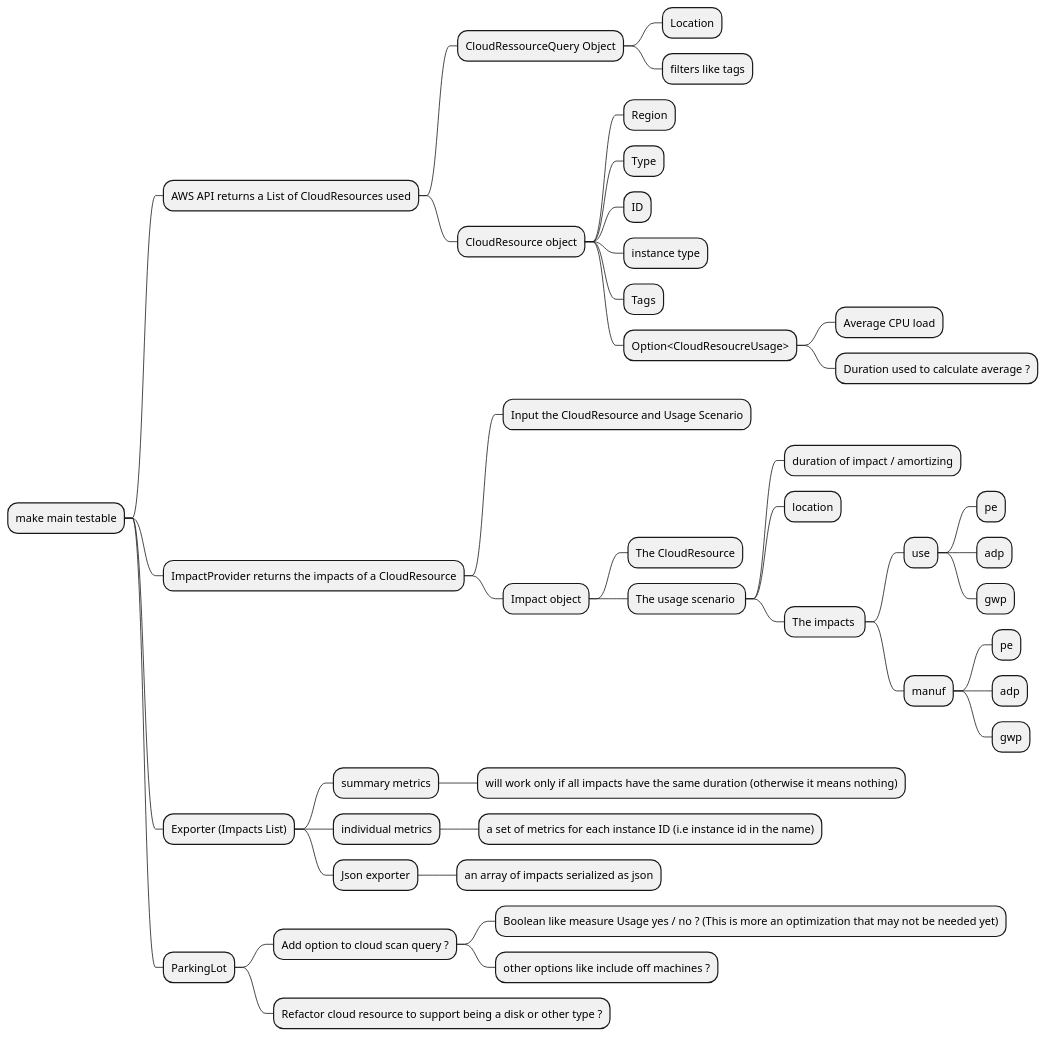
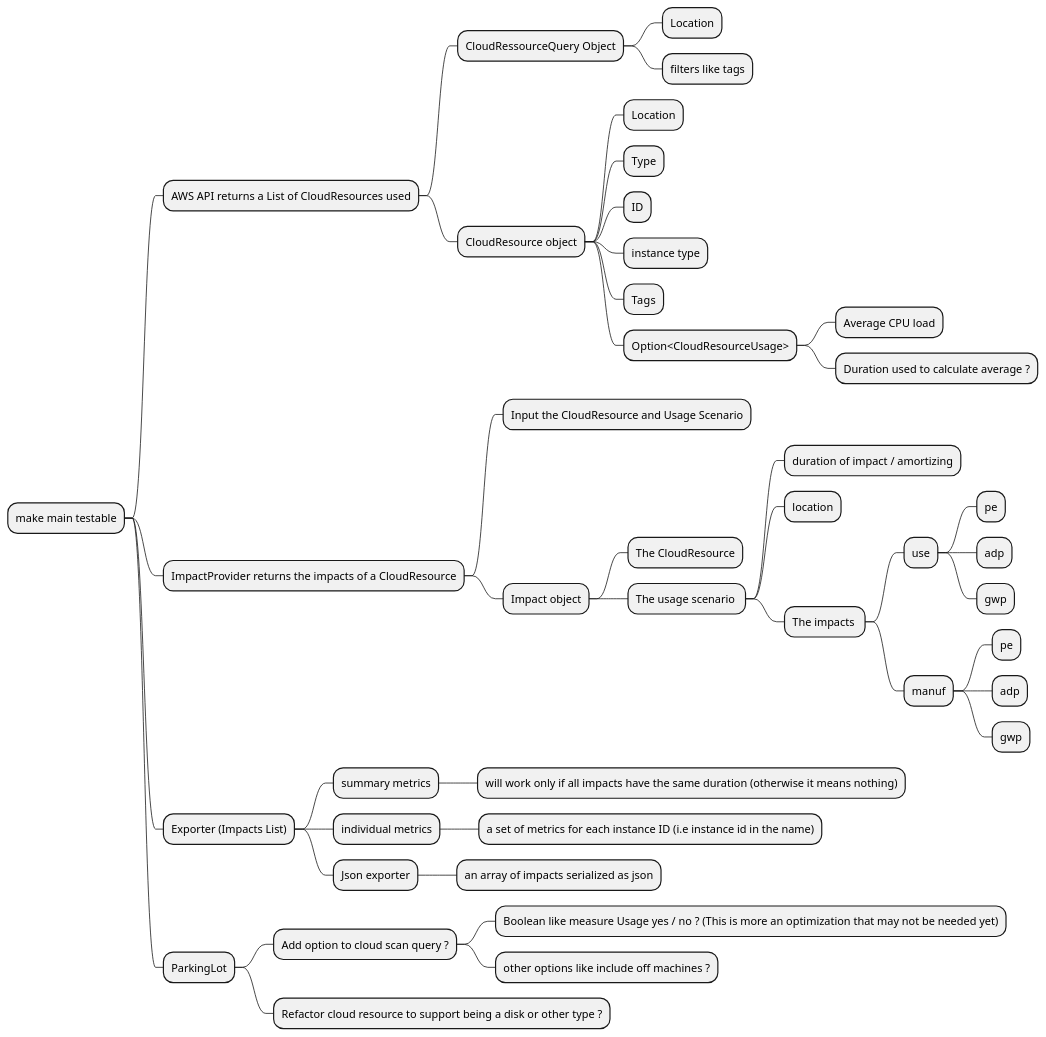
One commit to Boavizta/cloud-scanner changed the diagram in docs/refactor.mm.md. Above: the diagram before and after it, drawn with PlantUML. The commit also changed 3 other files, not shown here.

````diff
--- a/docs/refactor.mm.md
+++ b/docs/refactor.mm.md
@@ -5,48 +5,48 @@
 ```plantuml
 @startmindmap
 * make main testable
   * AWS API returns a List of CloudResources used
     * CloudRessourceQuery Object
       * Location
       * filters like tags
     * CloudResource object
-      * Region
+      * Location
       * Type
       * ID
       * instance type
       * Tags
-      * Option<CloudResoucreUsage>
+      * Option<CloudResourceUsage>
         * Average CPU load
         * Duration used to calculate average ?
   * ImpactProvider returns the impacts of a CloudResource
     * Input the CloudResource and Usage Scenario
     * Impact object
       * The CloudResource
       *  The usage scenario 
         * duration of impact / amortizing
         * location
         * The impacts 
           * use
             * pe
             * adp
             * gwp
           * manuf
             * pe
             * adp
             * gwp
   * Exporter (Impacts List)
     * summary metrics
       * will work only if all impacts have the same duration (otherwise it means nothing)
     * individual metrics
       * a set of metrics for each instance ID (i.e instance id in the name)
     * Json exporter
       * an array of impacts serialized as json
   * ParkingLot
     * Add option to cloud scan query ?
       * Boolean like measure Usage yes / no ? (This is more an optimization that may not be needed yet)
       * other options like include off machines ?
     * Refactor cloud resource to support being a disk or other type ?
 
 
 @endmindmap
 ```
````
